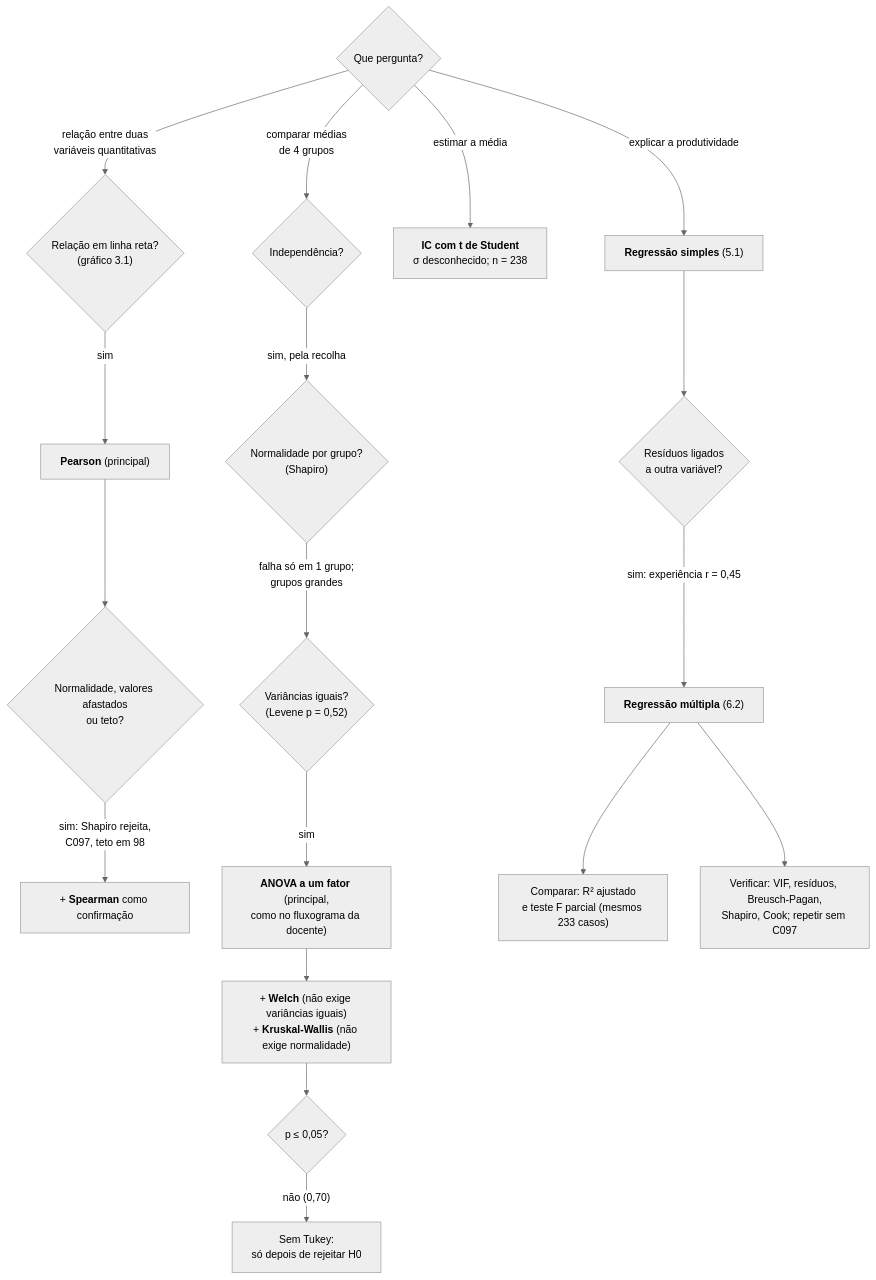
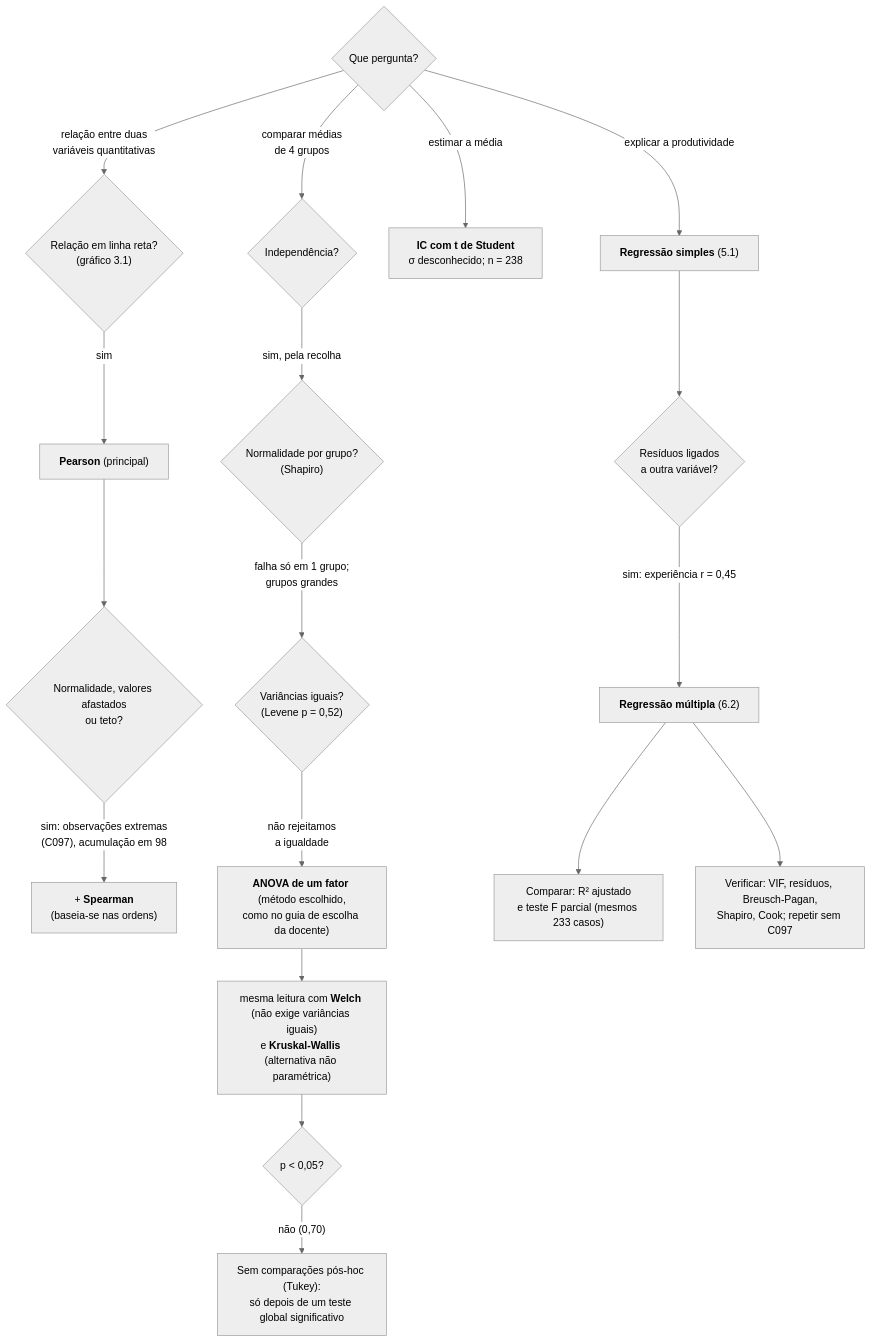
The second of 2 diagrams in GUIAO_DEFESA.md (gcoutinho-ipca/tp1-mepa-ia-produtividade), drawn with Mermaid (neutral theme) before and after one commit. The commit also changed other lines of this file and 6 other files, not shown here.

````diff
--- a/GUIAO_DEFESA.md
+++ b/GUIAO_DEFESA.md
@@ -92,23 +110,23 @@
 ```mermaid
 flowchart TD
     Q1{"Que pergunta?"} -->|"relação entre duas<br/>variáveis quantitativas"| R1{"Relação em linha reta?<br/>(gráfico 3.1)"}
     R1 -->|"sim"| R2["<b>Pearson</b> (principal)"]
     R2 --> R3{"Normalidade, valores afastados<br/>ou teto?"}
-    R3 -->|"sim: Shapiro rejeita,<br/>C097, teto em 98"| R4["+ <b>Spearman</b> como confirmação"]
+    R3 -->|"sim: observações extremas<br/>(C097), acumulação em 98"| R4["+ <b>Spearman</b><br/>(baseia-se nas ordens)"]
 
     Q1 -->|"comparar médias<br/>de 4 grupos"| A1{"Independência?"}
     A1 -->|"sim, pela recolha"| A2{"Normalidade por grupo?<br/>(Shapiro)"}
     A2 -->|"falha só em 1 grupo;<br/>grupos grandes"| A3{"Variâncias iguais?<br/>(Levene p = 0,52)"}
-    A3 -->|"sim"| A4["<b>ANOVA a um fator</b> (principal,<br/>como no fluxograma da docente)"]
-    A4 --> A5["+ <b>Welch</b> (não exige variâncias iguais)<br/>+ <b>Kruskal-Wallis</b> (não exige normalidade)"]
-    A5 --> A6{"p ≤ 0,05?"}
-    A6 -->|"não (0,70)"| A7["Sem Tukey:<br/>só depois de rejeitar H0"]
+    A3 -->|"não rejeitamos<br/>a igualdade"| A4["<b>ANOVA de um fator</b> (método escolhido,<br/>como no guia de escolha da docente)"]
+    A4 --> A5["mesma leitura com <b>Welch</b> (não exige variâncias iguais)<br/>e <b>Kruskal-Wallis</b> (alternativa não paramétrica)"]
+    A5 --> A6{"p &lt; 0,05?"}
+    A6 -->|"não (0,70)"| A7["Sem comparações pós-hoc (Tukey):<br/>só depois de um teste global significativo"]
 
     Q1 -->|"estimar a média"| I1["<b>IC com t de Student</b><br/>σ desconhecido; n = 238"]
 
     Q1 -->|"explicar a produtividade"| M1["<b>Regressão simples</b> (5.1)"]
     M1 --> M2{"Resíduos ligados<br/>a outra variável?"}
     M2 -->|"sim: experiência r = 0,45"| M3["<b>Regressão múltipla</b> (6.2)"]
     M3 --> M4["Comparar: R² ajustado<br/>e teste F parcial (mesmos 233 casos)"]
     M3 --> M5["Verificar: VIF, resíduos, Breusch-Pagan,<br/>Shapiro, Cook; repetir sem C097"]
 ```
````
